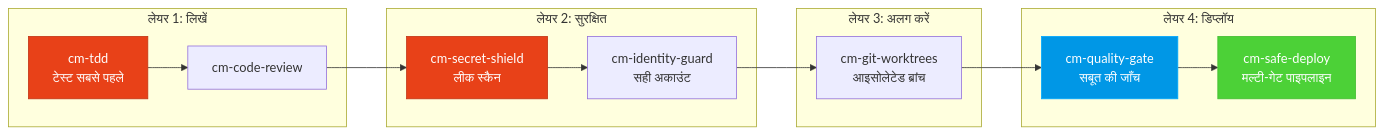
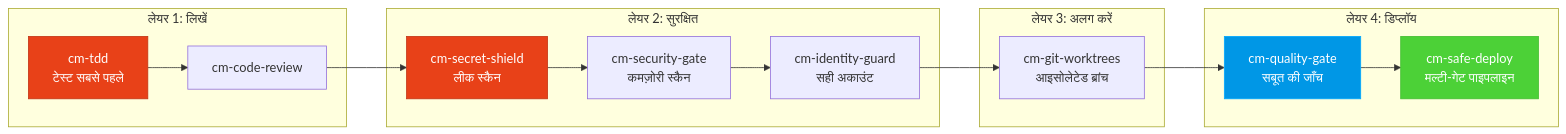
The third of 3 diagrams in README-hi.md (tody-agent/codymaster), drawn with Mermaid before and after one commit. The commit also changed other lines of this file and 122 other files, not shown here.

````diff
--- a/README-hi.md
+++ b/README-hi.md
@@ -124,19 +124,19 @@
 ```mermaid
 flowchart LR
     subgraph "लेयर 1: लिखें"
         A["cm-tdd<br/>टेस्ट सबसे पहले"] --> B["cm-code-review"]
     end
     subgraph "लेयर 2: सुरक्षित"
-        B --> C["cm-secret-shield<br/>लीक स्कैन"] --> D["cm-identity-guard<br/>सही अकाउंट"]
+        B --> C["cm-secret-shield<br/>लीक स्कैन"] --> S["cm-security-gate<br/>कमज़ोरी स्कैन"] --> D["cm-identity-guard<br/>सही अकाउंट"]
     end
     subgraph "लेयर 3: अलग करें"
         D --> E["cm-git-worktrees<br/>आइसोलेटेड ब्रांच"]
     end
     subgraph "लेयर 4: डिप्लॉय"
         E --> F["cm-quality-gate<br/>सबूत की जाँच"] --> G["cm-safe-deploy<br/>मल्टी-गेट पाइपलाइन"]
     end
     style A fill:#e84118,stroke:#c23616,color:#fff
     style C fill:#e84118,stroke:#c23616,color:#fff
     style F fill:#0097e6,stroke:#00a8ff,color:#fff
     style G fill:#4cd137,stroke:#44bd32,color:#fff
 ```
````
